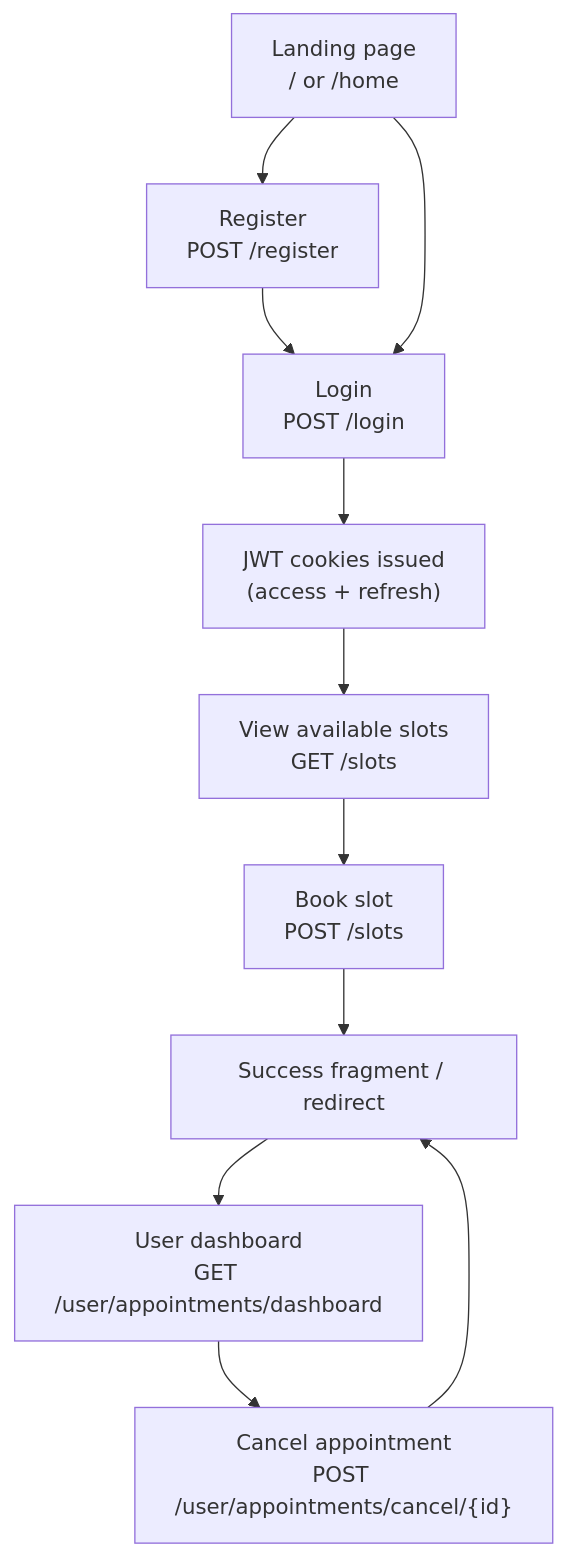
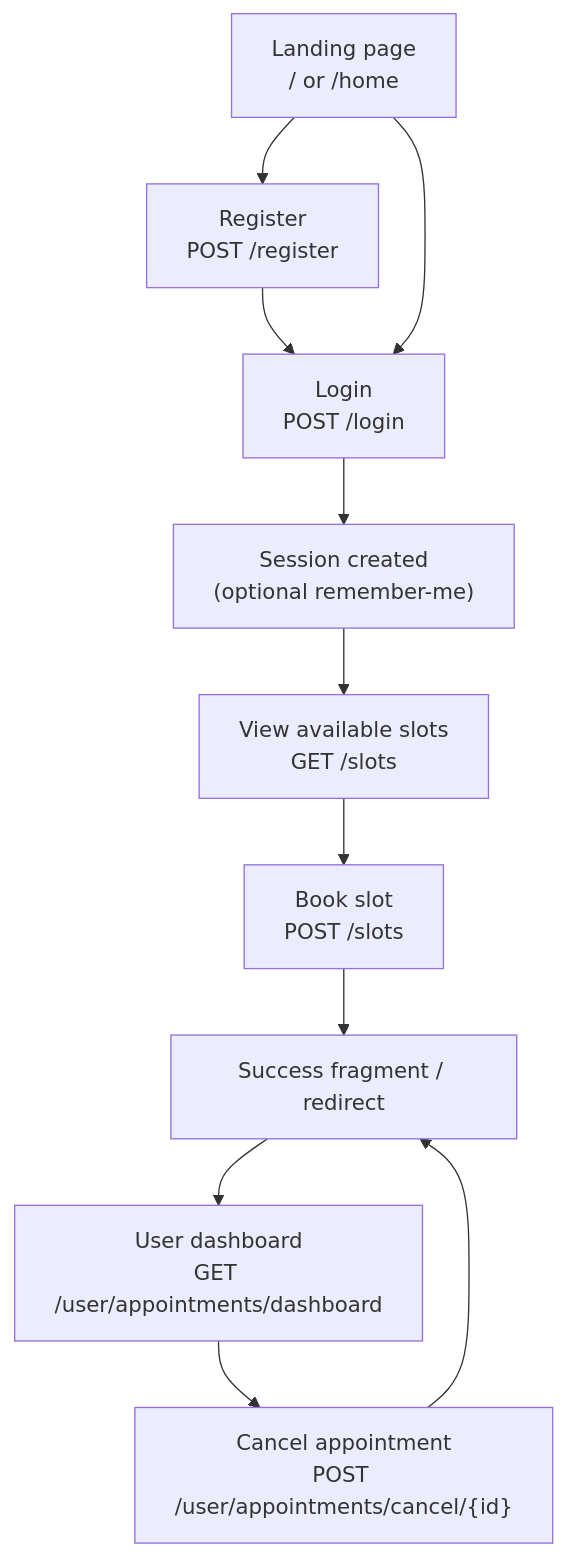
The diagram in USER_FLOW.md (IgorProkhorchuk/friseur), drawn with Mermaid before and after one commit. The commit also changed other lines of this file and 28 other files, not shown here.

Commit message:
Remove JWT auth and use session remember-me

````diff
--- a/USER_FLOW.md
+++ b/USER_FLOW.md
@@ -15,17 +15,17 @@
 ```mermaid
 flowchart TD
   Landing["Landing page\n/ or /home"]
   Register["Register\nPOST /register"]
   Login["Login\nPOST /login"]
-  JWT["JWT cookies issued\n(access + refresh)"]
+  Session["Session created\n(optional remember-me)"]
   Slots["View available slots\nGET /slots"]
   Book["Book slot\nPOST /slots"]
   Dashboard["User dashboard\nGET /user/appointments/dashboard"]
   Cancel["Cancel appointment\nPOST /user/appointments/cancel/{id}"]
   Confirm["Success fragment / redirect"]
 
   Landing --> Register --> Login
   Landing --> Login
-  Login --> JWT --> Slots --> Book --> Confirm --> Dashboard
+  Login --> Session --> Slots --> Book --> Confirm --> Dashboard
   Dashboard --> Cancel --> Confirm
 ```
````
